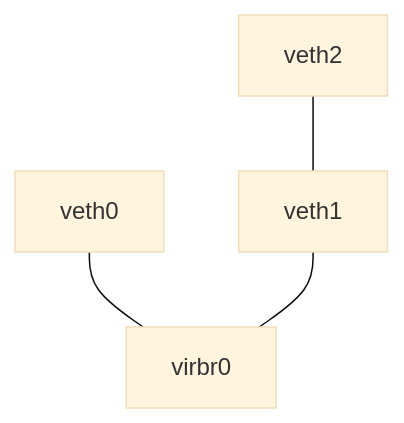
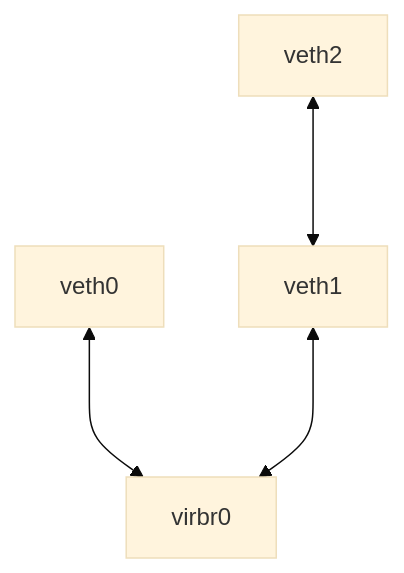
One commit to thachmpham/thachmpham.github.io changed the first of 3 diagrams in md/vbridge.md. Above: the diagram before and after it, drawn with Mermaid (base theme). The commit also changed other lines of this file and 5 other files, not shown here.

```diff
--- a/md/vbridge.md
+++ b/md/vbridge.md
@@ -47,6 +51,6 @@
 <pre class="mermaid">
 flowchart TD
-    veth0 --- virbr0
-    veth2 --- veth1
-    veth1 --- virbr0
+    veth0 <---> virbr0
+    veth2 <---> veth1
+    veth1 <---> virbr0
 </pre>
```
